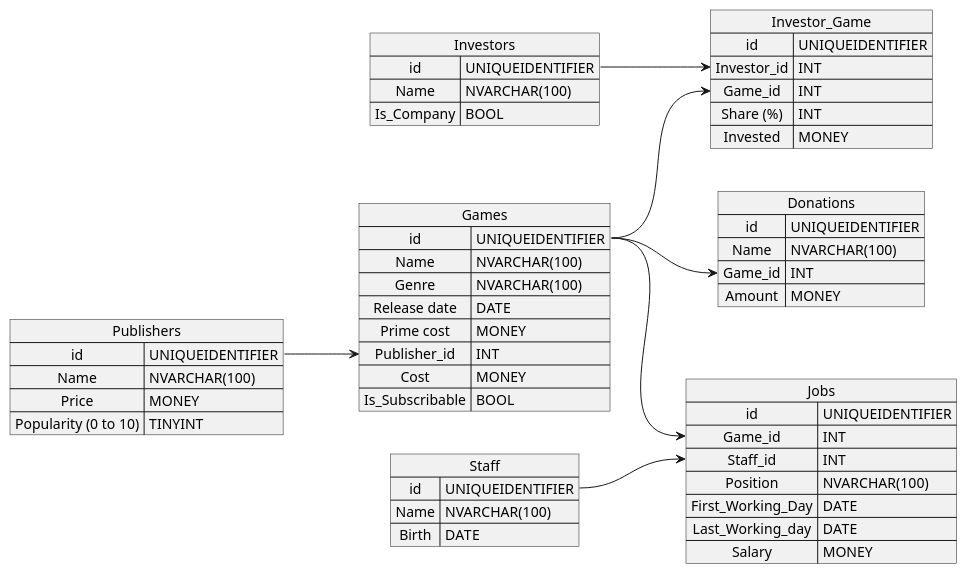
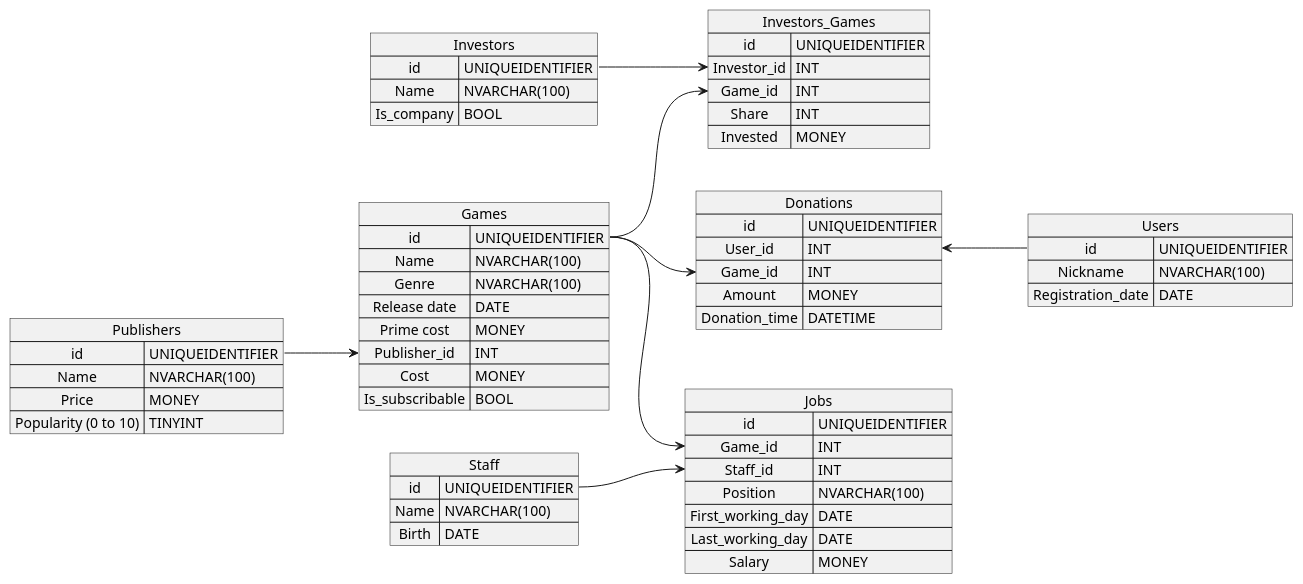
One commit to Gohnnyman/WebApp-in-Rust changed the diagram in UML/SQLDiagram.puml. Above: the diagram before and after it, drawn with PlantUML. The commit also changed 6 other files, not shown here.

Commit message:
uml updated, table Users added

```diff
--- a/UML/SQLDiagram.puml
+++ b/UML/SQLDiagram.puml
@@ -1,66 +1,76 @@
 @startuml
 left to right direction
 
 map Games {
     id => UNIQUEIDENTIFIER
     Name => NVARCHAR(100)
     Genre => NVARCHAR(100)
     Release date => DATE
     Prime cost => MONEY
     Publisher_id => INT 
     Cost => MONEY
-    Is_Subscribable => BOOL
+    Is_subscribable => BOOL
 }
 
 map Publishers {
     id => UNIQUEIDENTIFIER
     Name => NVARCHAR(100)
     Price => MONEY
     Popularity (0 to 10) => TINYINT
 }
 
 map Investors {
     id => UNIQUEIDENTIFIER
     Name => NVARCHAR(100)
-    Is_Company => BOOL
+    Is_company => BOOL
 }
 
 map Staff {
     id => UNIQUEIDENTIFIER
     Name => NVARCHAR(100)
     Birth => DATE
 }
 
 map Donations {
     id => UNIQUEIDENTIFIER
-    Name => NVARCHAR(100)
+    User_id => INT
     Game_id => INT
     Amount => MONEY
+    Donation_time => DATETIME
 }
 
-map Investor_Game {
+map Investors_Games {
     id => UNIQUEIDENTIFIER
     Investor_id => INT
     Game_id => INT
-    Share (%) => INT
+    Share => INT
     Invested => MONEY
 }
 
 map Jobs {
     id => UNIQUEIDENTIFIER
     Game_id => INT
     Staff_id => INT
     Position => NVARCHAR(100)
-    First_Working_Day => DATE
-    Last_Working_day => DATE
+    First_working_day => DATE
+    Last_working_day => DATE
     Salary => MONEY 
 }
 
+map Users {
+    id => UNIQUEIDENTIFIER
+    Nickname => NVARCHAR(100)
+    Registration_date => DATE
+}
+
 Publishers::id --> Games::Publisher_id
-Investors::id --> Investor_Game::Investor_id
+Investors::id --> Investors_Games::Investor_id
 Games::id --> Donations::Game_id
-Games::id --> Investor_Game::Game_id
+Games::id --> Investors_Games::Game_id
 Games::id --> Jobs::Game_id
 Staff::id --> Jobs::Staff_id
+Donations::User_id <-- Users::id
+
+
 
 @enduml
```
